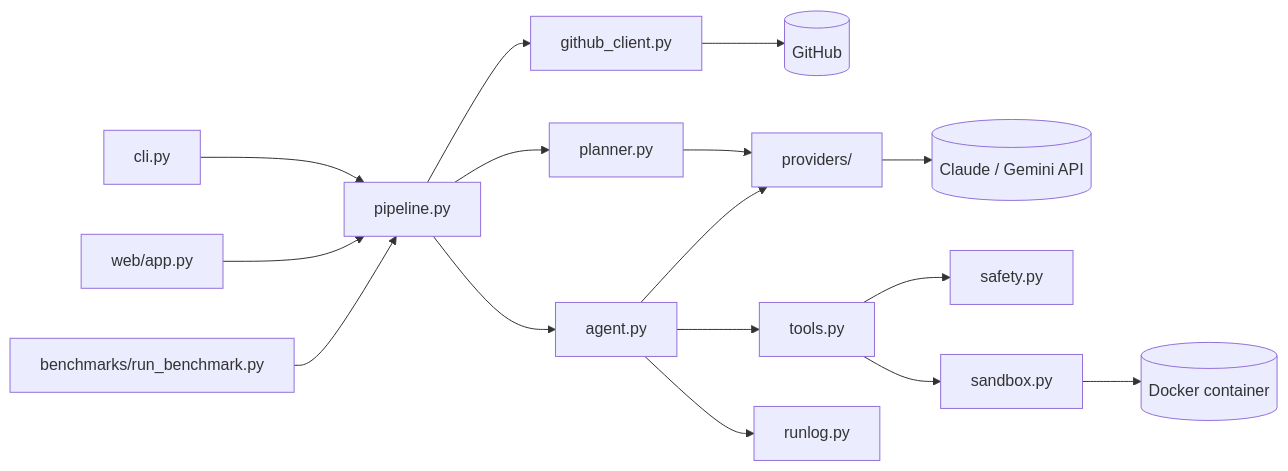
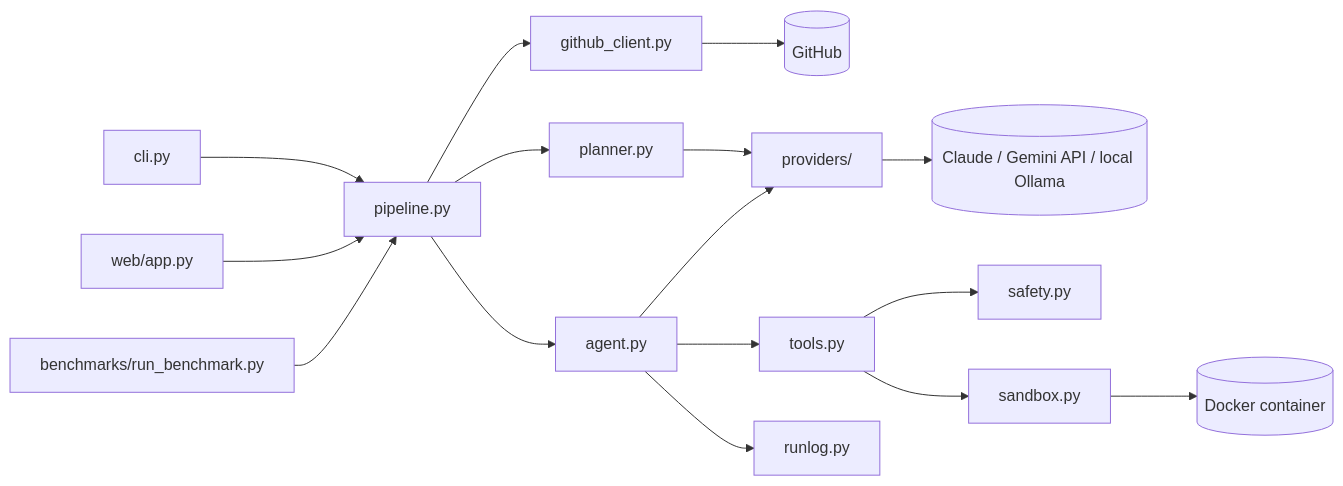
The diagram in docs/ARCHITECTURE.md (Saipavanavsp/devpilot), drawn with Mermaid before and after one commit. The commit also changed other lines of this file and 17 other files, not shown here.

First line of the commit message:
Add free local models via Ollama and fix verification and run-log bugs

````diff
--- a/docs/ARCHITECTURE.md
+++ b/docs/ARCHITECTURE.md
@@ -5,18 +5,18 @@
 ```mermaid
 flowchart LR
     CLI[cli.py] --> Pipeline
     Web[web/app.py] --> Pipeline
     Bench[benchmarks/run_benchmark.py] --> Pipeline
     Pipeline[pipeline.py] --> GitHub[github_client.py]
     Pipeline --> Planner[planner.py]
     Pipeline --> Agent[agent.py]
     Planner --> Providers[providers/]
     Agent --> Providers
     Agent --> Tools[tools.py]
     Agent --> RunLog[runlog.py]
     Tools --> Safety[safety.py]
     Tools --> Sandbox[sandbox.py]
     Sandbox --> Docker[(Docker container)]
-    Providers --> API[(Claude / Gemini API)]
+    Providers --> API[(Claude / Gemini API / local Ollama)]
     GitHub --> GH[(GitHub)]
 ```
````
